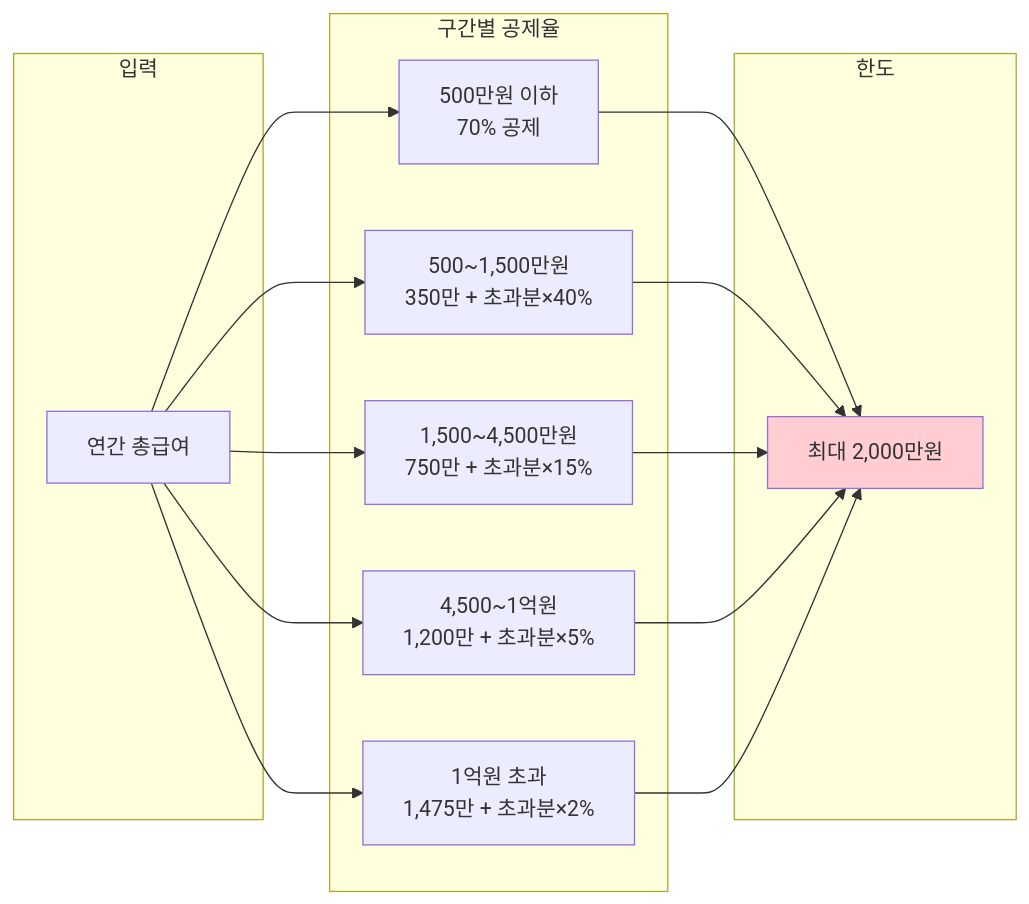
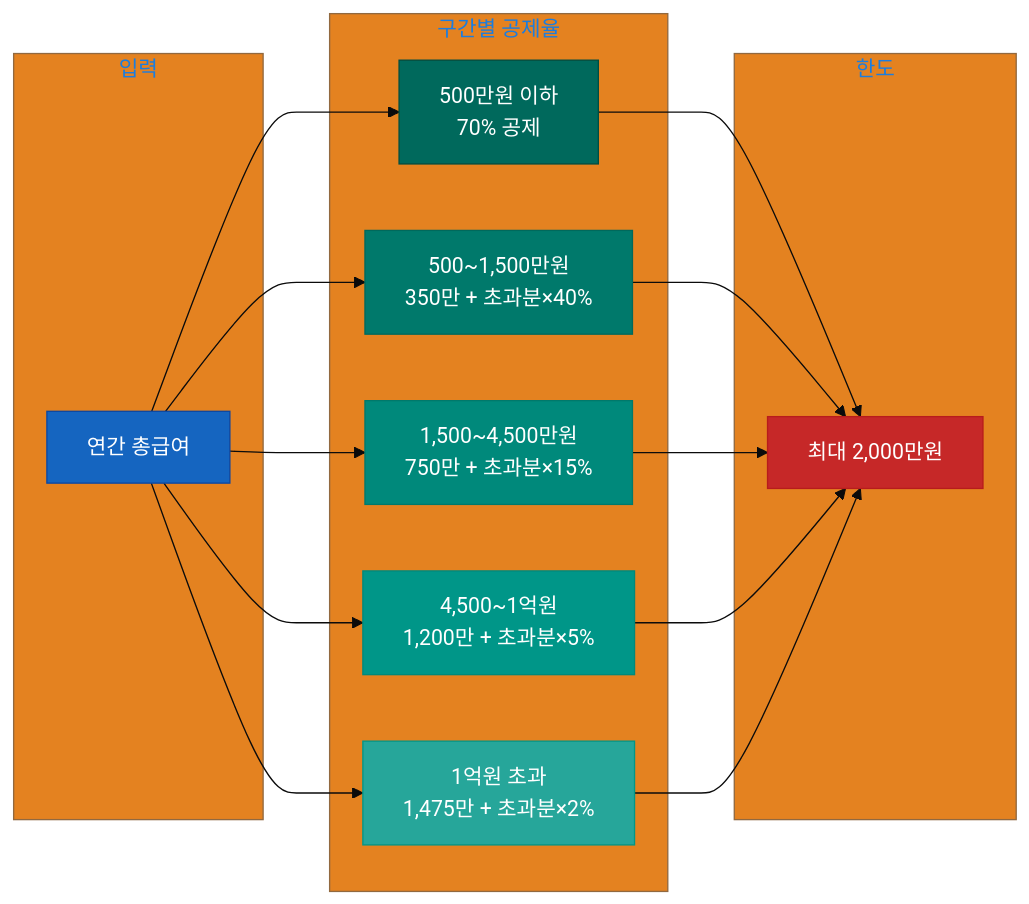
One commit to Z-3000/fina_r changed the second of 18 diagrams in docs/세금로직_플로우차트.md. Above: the diagram before and after it, drawn with Mermaid. The commit also changed other lines of this file, not shown here.

````diff
--- a/docs/세금로직_플로우차트.md
+++ b/docs/세금로직_플로우차트.md
@@ -77,27 +79,34 @@
 ```mermaid
+%%{init: {'theme': 'base', 'themeVariables': { 'primaryColor': '#1976d2', 'primaryTextColor': '#fff'}}}%%
 flowchart LR
     subgraph 입력
         A[연간 총급여]
     end
 
     subgraph 구간별공제["구간별 공제율"]
         B1["500만원 이하<br/>70% 공제"]
         B2["500~1,500만원<br/>350만 + 초과분×40%"]
         B3["1,500~4,500만원<br/>750만 + 초과분×15%"]
         B4["4,500~1억원<br/>1,200만 + 초과분×5%"]
         B5["1억원 초과<br/>1,475만 + 초과분×2%"]
     end
 
     subgraph 한도
         C[최대 2,000만원]
     end
 
     A --> B1
     A --> B2
     A --> B3
     A --> B4
     A --> B5
     B1 & B2 & B3 & B4 & B5 --> C
 
-    style C fill:#ffcdd2
+    style A fill:#1565c0,stroke:#0d47a1,color:#fff
+    style C fill:#c62828,stroke:#b71c1c,color:#fff
+    style B1 fill:#00695c,stroke:#004d40,color:#fff
+    style B2 fill:#00796b,stroke:#00695c,color:#fff
+    style B3 fill:#00897b,stroke:#00796b,color:#fff
+    style B4 fill:#009688,stroke:#00897b,color:#fff
+    style B5 fill:#26a69a,stroke:#009688,color:#fff
 ```
````
